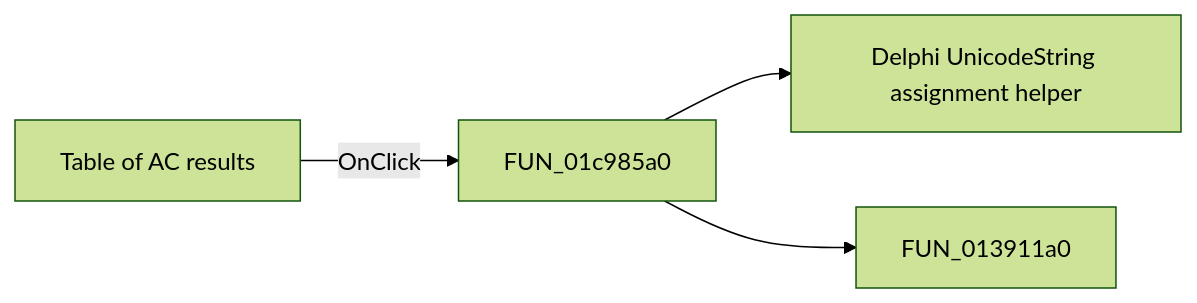
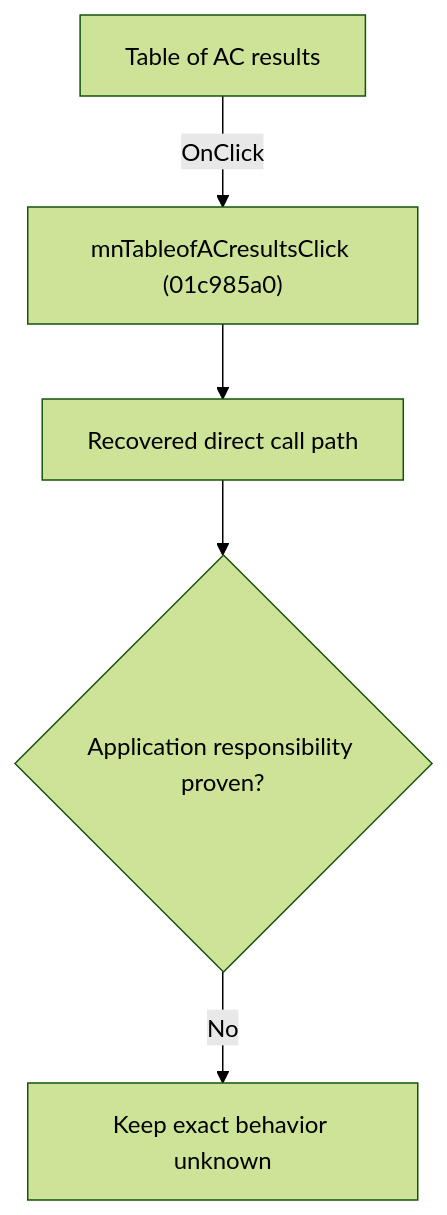
The diagram in docs/ui-controls/schematiceditor/mntableofacresults-2dd243cbab.md (MovGP0/TIARA), drawn with Mermaid (forest theme) before and after one commit. The commit also changed other lines of this file and 1062 other files, not shown here.

````diff
--- a/docs/ui-controls/schematiceditor/mntableofacresults-2dd243cbab.md
+++ b/docs/ui-controls/schematiceditor/mntableofacresults-2dd243cbab.md
@@ -27,6 +27,7 @@
 ```mermaid
-flowchart LR
-    control["Table of AC results"] -->|OnClick| handler["FUN_01c985a0"]
-    handler --> call1["Delphi UnicodeString assignment helper"]
-    handler --> call2["FUN_013911a0"]
+flowchart TD
+    control["Table of AC results"] -->|"OnClick"| handler["mnTableofACresultsClick (01c985a0)"]
+    handler --> recovered["Recovered direct call path"]
+    recovered --> gap{"Application responsibility proven?"}
+    gap -->|"No"| blocked["Keep exact behavior unknown"]
 ```
````
